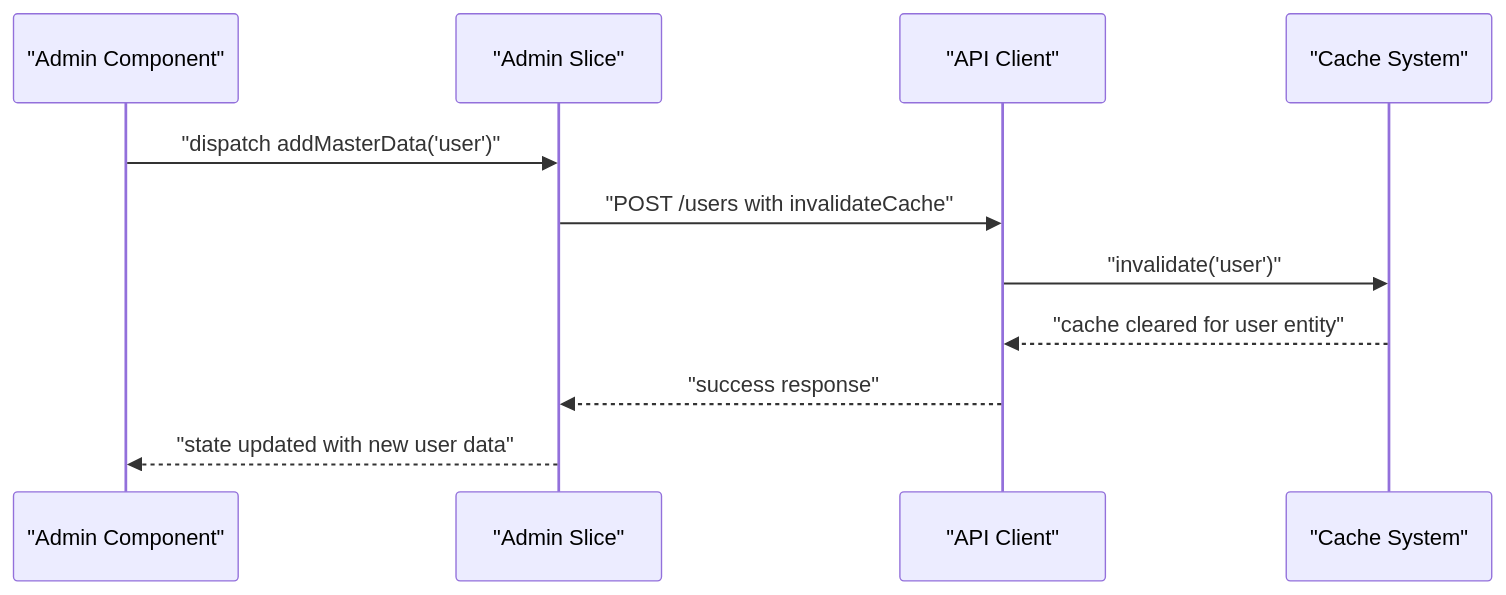
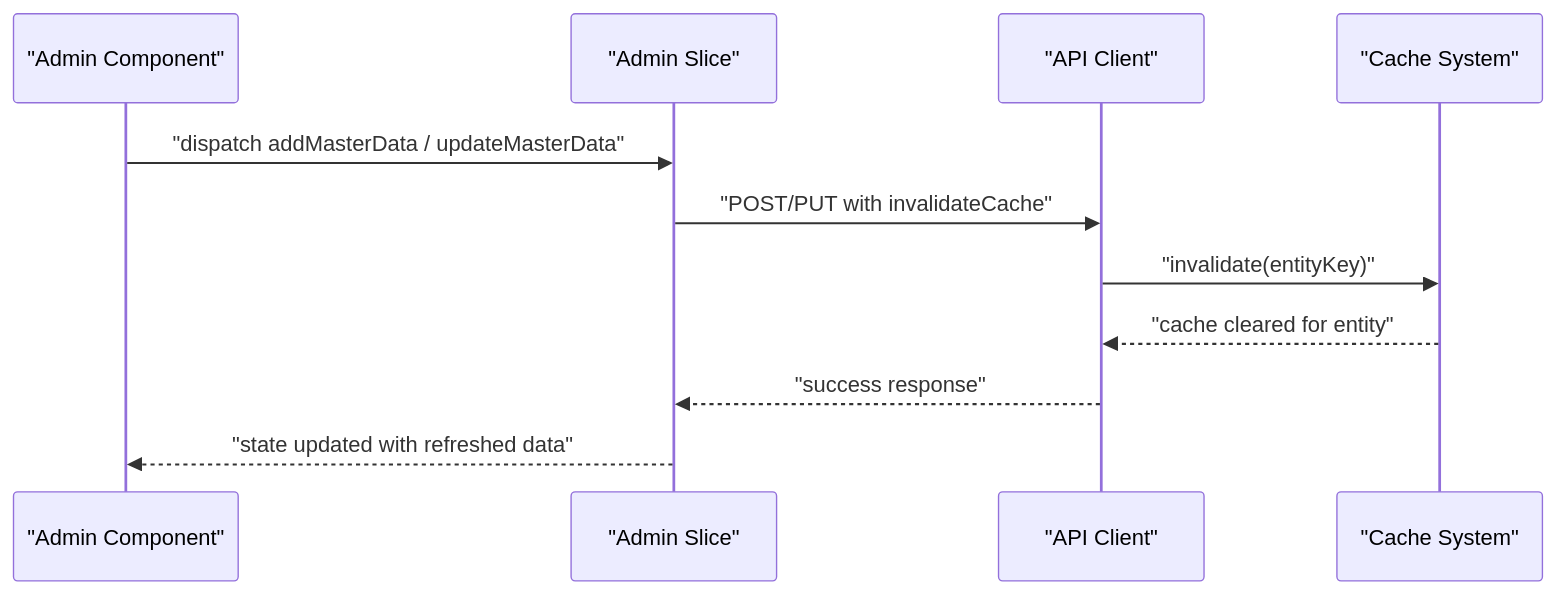
The tenth of 11 diagrams in .qoder/repowiki/en/content/State Management/Redux Store Configuration.md (Aryan9060/Timetable-Project), drawn with Mermaid before and after one commit. The commit also changed other lines of this file and 6 other files, not shown here.

First line of the commit message:
feat(master-data): add advanced pagination, search, sorting, and filtering for all entities

````diff
--- a/.qoder/repowiki/en/content/State Management/Redux Store Configuration.md
+++ b/.qoder/repowiki/en/content/State Management/Redux Store Configuration.md
@@ -320,13 +405,13 @@
 ```mermaid
 sequenceDiagram
 participant Admin as "Admin Component"
 participant AdminSlice as "Admin Slice"
 participant APIClient as "API Client"
 participant Cache as "Cache System"
-Admin->>AdminSlice : "dispatch addMasterData('user')"
-AdminSlice->>APIClient : "POST /users with invalidateCache"
-APIClient->>Cache : "invalidate('user')"
-Cache-->>APIClient : "cache cleared for user entity"
+Admin->>AdminSlice : "dispatch addMasterData / updateMasterData"
+AdminSlice->>APIClient : "POST/PUT with invalidateCache"
+APIClient->>Cache : "invalidate(entityKey)"
+Cache-->>APIClient : "cache cleared for entity"
 APIClient-->>AdminSlice : "success response"
-AdminSlice-->>Admin : "state updated with new user data"
+AdminSlice-->>Admin : "state updated with refreshed data"
 ```
````
